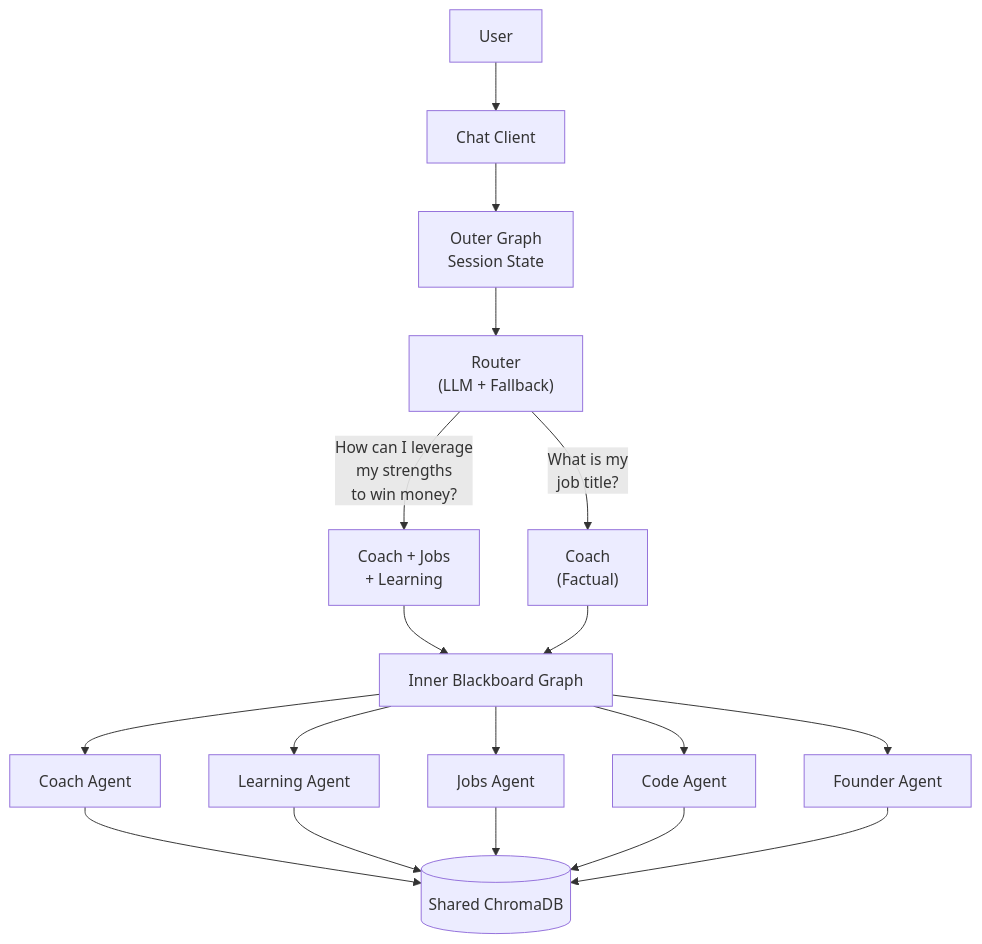
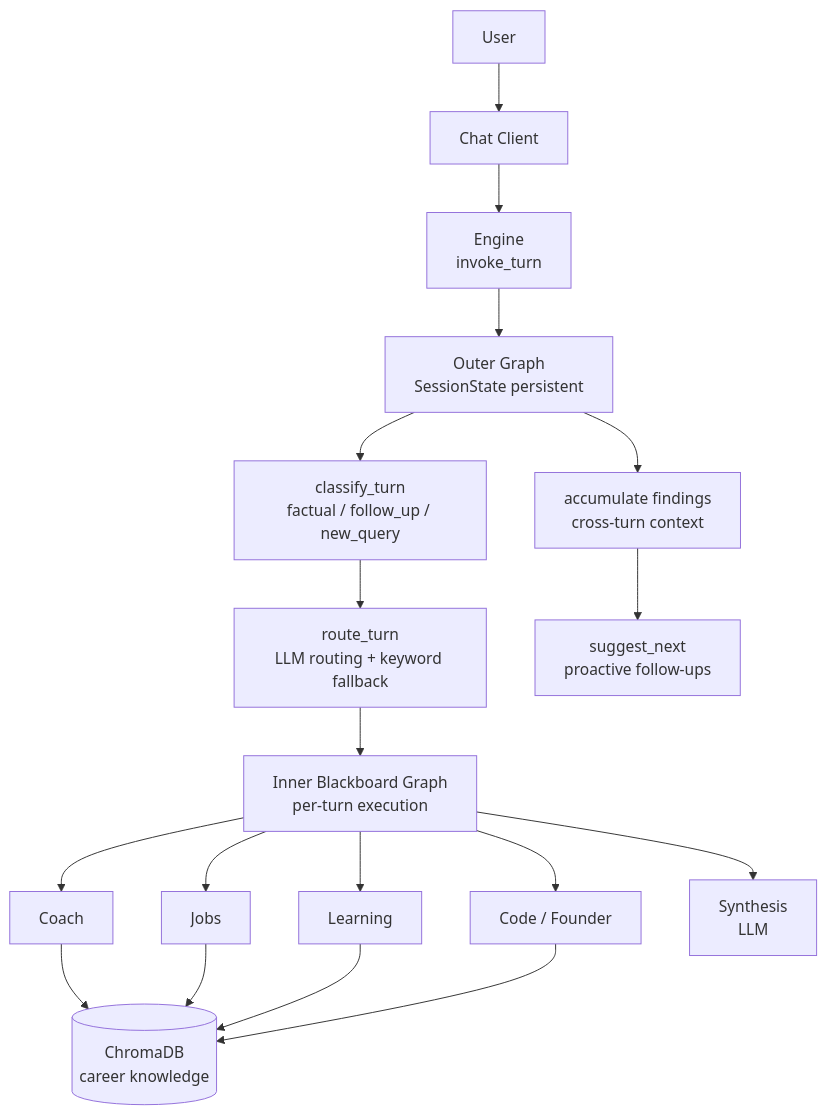
The second of 2 diagrams in README.md (juanmanueldaza/futureproof), drawn with Mermaid before and after one commit. The commit also changed other lines of this file and 18 other files, not shown here.

````diff
--- a/README.md
+++ b/README.md
@@ -79,15 +79,17 @@
 ```mermaid
 graph TB
     User --> Chat[Chat Client]
-    Chat --> Engine[Outer Graph<br/>Session State]
-    Engine --> Router["Router<br/>(LLM + Fallback)"]
-    Router -->|"How can I leverage<br/>my strengths<br/>to win money?"| Multi["Coach + Jobs<br/>+ Learning"]
-    Router -->|"What is my<br/>job title?"| Single["Coach<br/>(Factual)"]
-    Multi & Single --> Blackboard[Inner Blackboard Graph]
-    Blackboard --> Coach[Coach Agent]
-    Blackboard --> Learning[Learning Agent]
-    Blackboard --> Jobs[Jobs Agent]
-    Blackboard --> Code[Code Agent]
-    Blackboard --> Founder[Founder Agent]
-    Coach & Learning & Jobs & Code & Founder --> ChromaDB[(Shared ChromaDB)]
+    Chat --> Engine[Engine<br/>invoke_turn]
+    Engine --> Outer[Outer Graph<br/>SessionState persistent]
+    Outer --> Classify[classify_turn<br/>factual / follow_up / new_query]
+    Classify --> Route[route_turn<br/>LLM routing + keyword fallback]
+    Route --> Inner[Inner Blackboard Graph<br/>per-turn execution]
+    Inner --> S1[Coach]
+    Inner --> S2[Jobs]
+    Inner --> S3[Learning]
+    Inner --> S4[Code / Founder]
+    S1 & S2 & S3 & S4 --> KB[(ChromaDB<br/>career knowledge)]
+    Inner --> Synth[Synthesis<br/>LLM]
+    Outer --> Accum[accumulate findings<br/>cross-turn context]
+    Accum --> Suggest[suggest_next<br/>proactive follow-ups]
 ```
````
